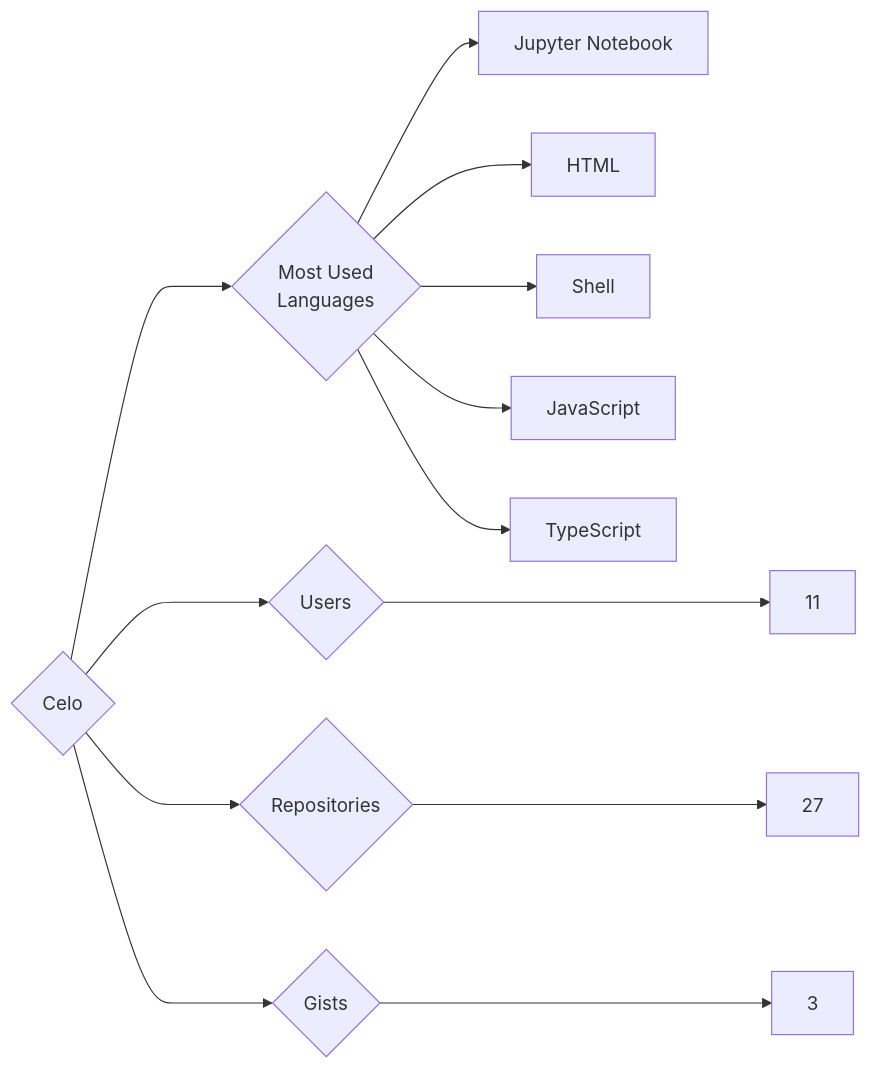
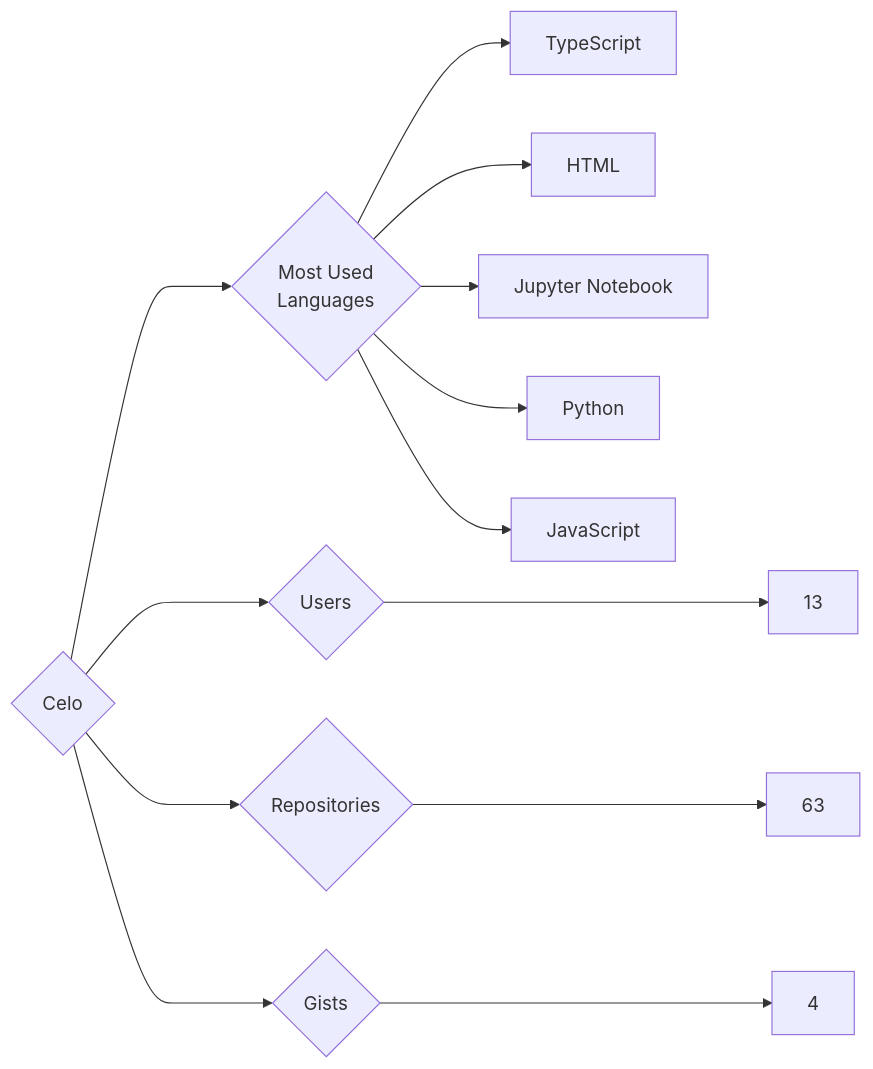
One commit to trickest/insiders changed the diagram in targets/Celo/README.md. Above: the diagram before and after it, drawn with Mermaid. The commit also changed 688 other files, not shown here.

````diff
--- a/targets/Celo/README.md
+++ b/targets/Celo/README.md
@@ -3,13 +3,13 @@
 ```mermaid
 graph LR
 COMPANY_NAME{Celo}
-COMPANY_NAME ---> U{Users} ---> UN[11]
-COMPANY_NAME ---> R{Repositories} ---> RN[27]
-COMPANY_NAME ---> G{Gists} ---> GN[3]
+COMPANY_NAME ---> U{Users} ---> UN[13]
+COMPANY_NAME ---> R{Repositories} ---> RN[63]
+COMPANY_NAME ---> G{Gists} ---> GN[4]
 COMPANY_NAME ---> ML{Most Used<br>Languages}
+ML --> TypeScript[TypeScript]
+ML --> HTML[HTML]
 ML --> Jupyter_Notebook[Jupyter Notebook]
-ML --> HTML[HTML]
-ML --> Shell[Shell]
+ML --> Python[Python]
 ML --> JavaScript[JavaScript]
-ML --> TypeScript[TypeScript]
 ```
````
